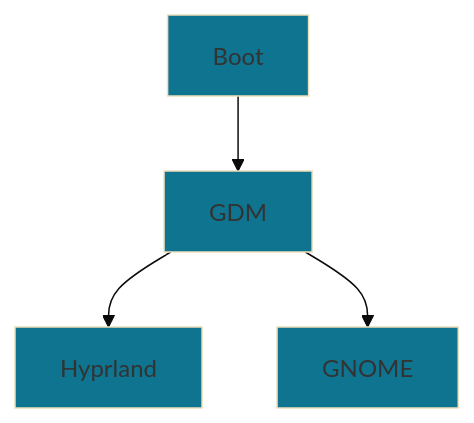
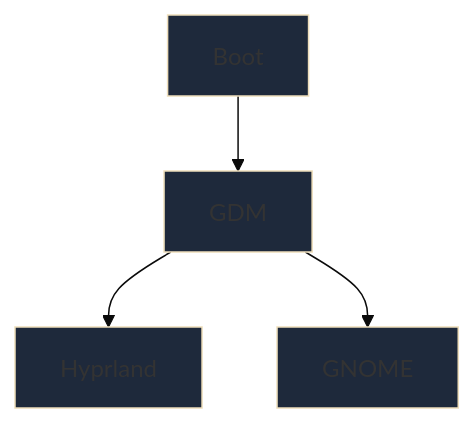
Before and after one commit to RomeoCavazza/nixos-config: the diagram in README.md, drawn with Mermaid (base theme). The commit also changed other lines of this file and 2 other files, not shown here.

First line of the commit message:
docs: Documentation links only, spec by logical grouping, Mermaid dark slate #1e293b

````diff
--- a/README.md
+++ b/README.md
@@ -63,16 +63,16 @@
 ```mermaid
 flowchart TB
   Boot["Boot"]
   GDM["GDM"]
   H["Hyprland"]
   G["GNOME"]
 
   Boot --> GDM
   GDM --> H
   GDM --> G
 
-  style Boot fill:#0E7490
-  style GDM fill:#0E7490
-  style H fill:#0E7490
-  style G fill:#0E7490
+  style Boot fill:#1e293b
+  style GDM fill:#1e293b
+  style H fill:#1e293b
+  style G fill:#1e293b
 ```
````
